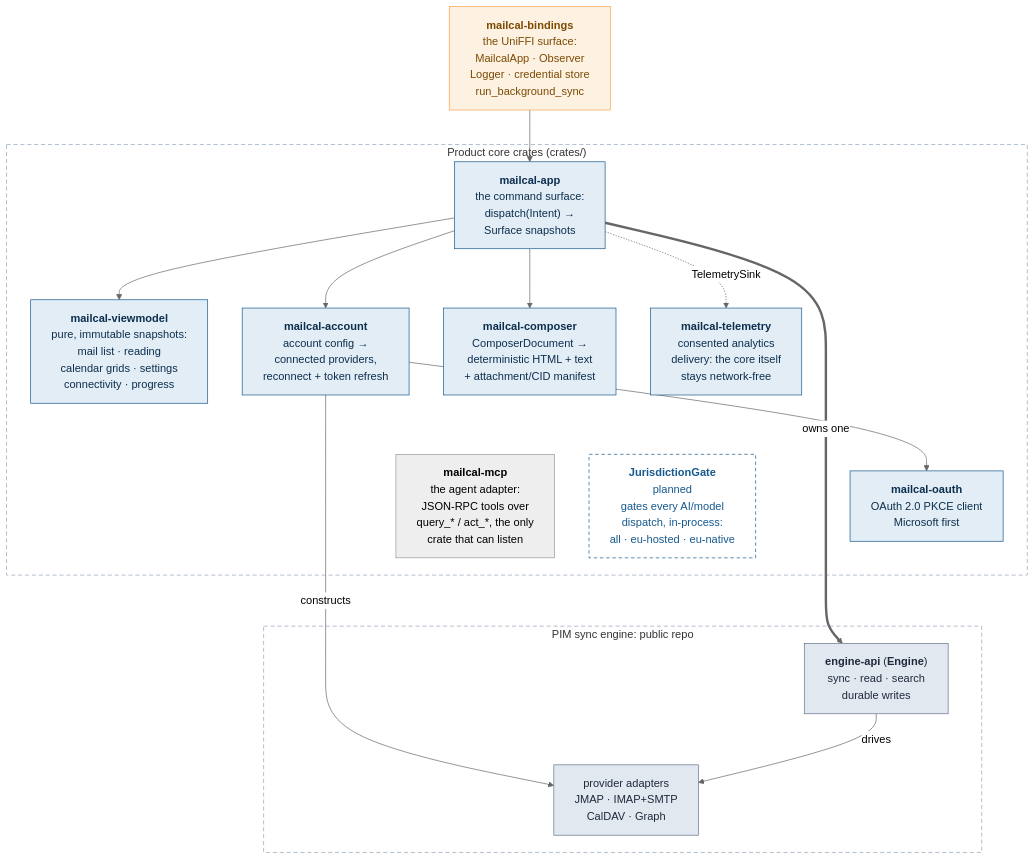
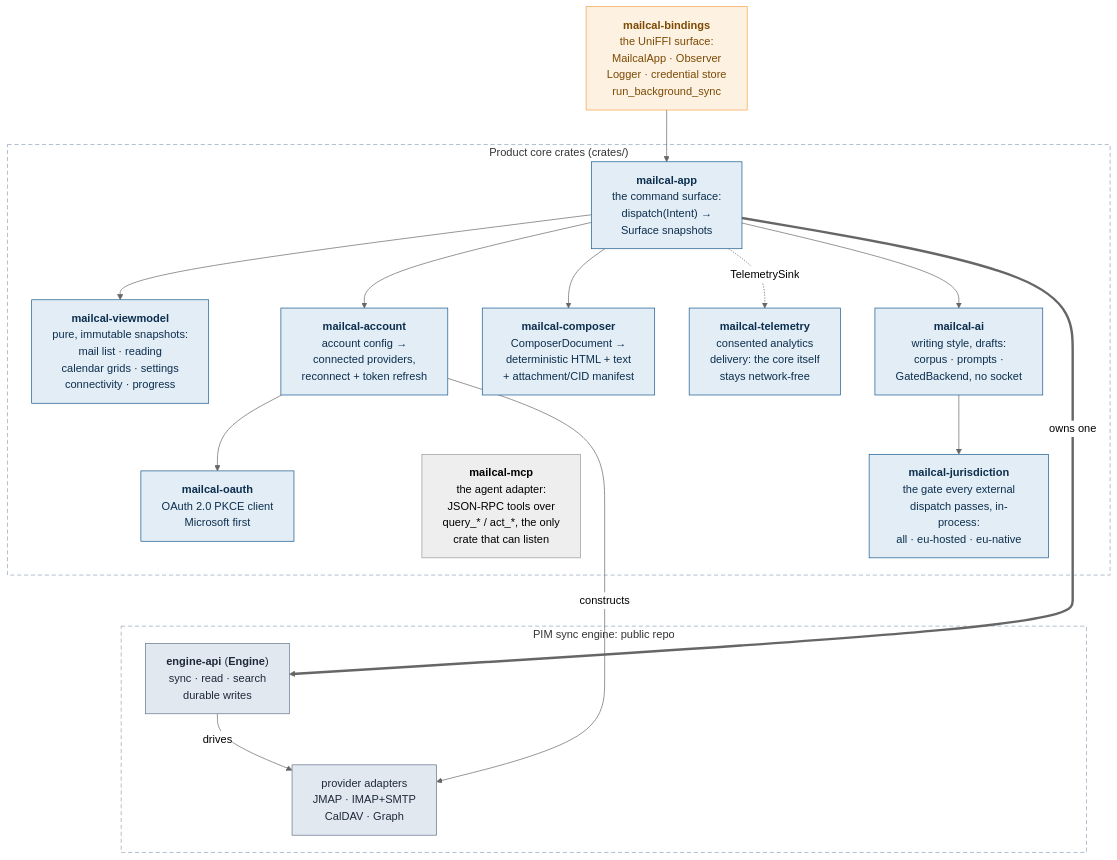
One commit to allodia-eu/mail-calendar changed the third of 4 diagrams in docs/architecture.md. Above: the diagram before and after it, drawn with Mermaid (neutral theme). The commit also changed other lines of this file and 70 other files, not shown here.

````diff
--- a/docs/architecture.md
+++ b/docs/architecture.md
@@ -88,43 +88,44 @@
 ```mermaid
 flowchart TD
     FFI["<b>mailcal-bindings</b><br/>the UniFFI surface:<br/>MailcalApp · Observer<br/>Logger · credential store<br/>run_background_sync"]
 
     subgraph CORE["Product core crates (crates/)"]
         APP["<b>mailcal-app</b><br/>the command surface:<br/>dispatch(Intent) →<br/>Surface snapshots"]
         VM["<b>mailcal-viewmodel</b><br/>pure, immutable snapshots:<br/>mail list · reading<br/>calendar grids · settings<br/>connectivity · progress"]
         ACC["<b>mailcal-account</b><br/>account config →<br/>connected providers,<br/>reconnect + token refresh"]
         OAUTH["<b>mailcal-oauth</b><br/>OAuth 2.0 PKCE client<br/>Microsoft first"]
         COMP["<b>mailcal-composer</b><br/>ComposerDocument →<br/>deterministic HTML + text<br/>+ attachment/CID manifest"]
         TEL["<b>mailcal-telemetry</b><br/>consented analytics<br/>delivery: the core itself<br/>stays network-free"]
         MCP["<b>mailcal-mcp</b><br/>the agent adapter:<br/>JSON-RPC tools over<br/>query_* / act_*, the only<br/>crate that can listen"]
-        GATE["<b>JurisdictionGate</b><br/>planned<br/>gates every AI/model<br/>dispatch, in-process:<br/>all · eu-hosted · eu-native"]
+        AI["<b>mailcal-ai</b><br/>writing style, drafts:<br/>corpus · prompts ·<br/>GatedBackend, no socket"]
+        GATE["<b>mailcal-jurisdiction</b><br/>the gate every external<br/>dispatch passes, in-process:<br/>all · eu-hosted · eu-native"]
     end
 
     subgraph ENGINE["PIM sync engine: public repo"]
         EAPI["<b>engine-api</b> (<b>Engine</b>)<br/>sync · read · search<br/>durable writes"]
         PROV["provider adapters<br/>JMAP · IMAP+SMTP<br/>CalDAV · Graph"]
     end
 
     FFI --> APP
     APP --> VM
     APP --> ACC
     APP --> COMP
     APP -. TelemetrySink .-> TEL
+    APP --> AI
+    AI --> GATE
     ACC --> OAUTH
     APP ==>|owns one| EAPI
     ACC -->|constructs| PROV
     EAPI -->|drives| PROV
     OAUTH ~~~ EAPI
 
     classDef ffi fill:#fdf1e2,stroke:#F6A24A,color:#7c4a03
     classDef corec fill:#e3edf6,stroke:#16598D,color:#0c2f4e
-    classDef planned fill:none,stroke:#16598D,color:#16598D,stroke-dasharray: 5 4
     classDef external fill:#e2e8f0,stroke:#64748b,color:#1e293b
 
     class FFI ffi
-    class APP,VM,ACC,OAUTH,COMP,TEL corec
-    class GATE planned
+    class APP,VM,ACC,OAUTH,COMP,TEL,AI,GATE corec
     class EAPI,PROV external
     style CORE fill:none,stroke:#94a3b8,stroke-dasharray: 6 4
     style ENGINE fill:none,stroke:#94a3b8,stroke-dasharray: 6 4
 ```
````
